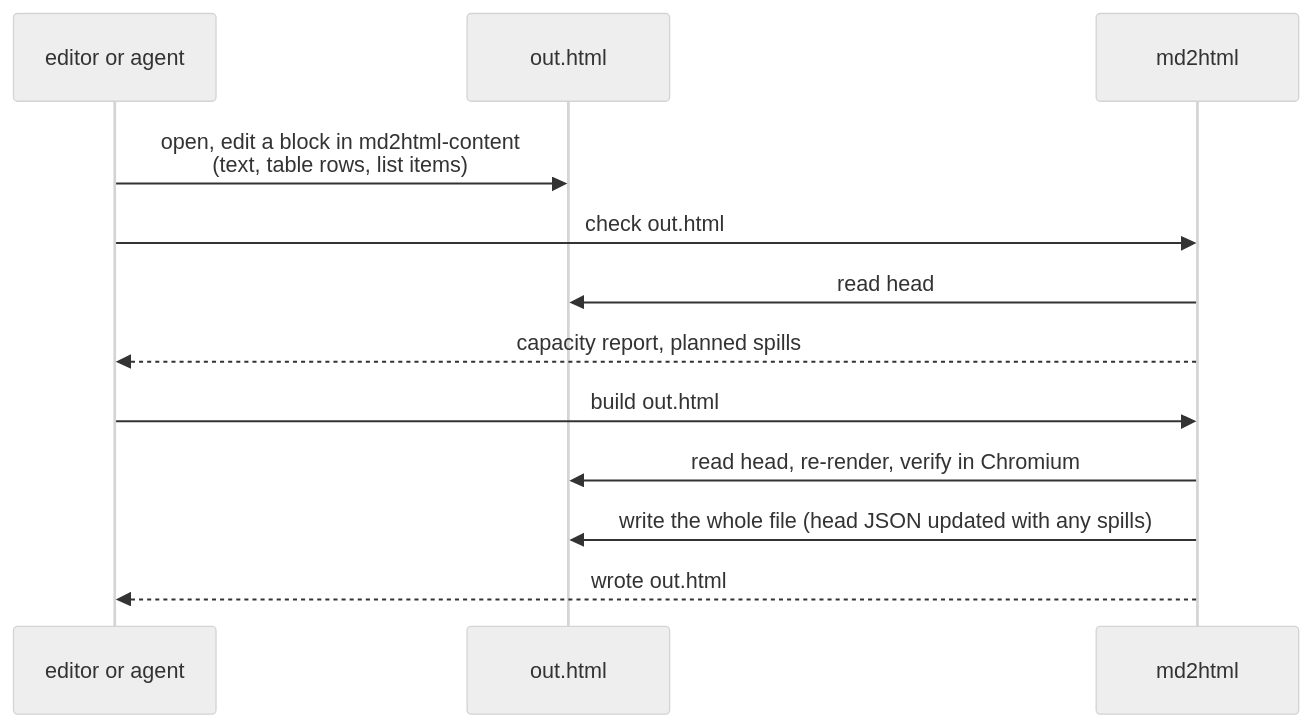
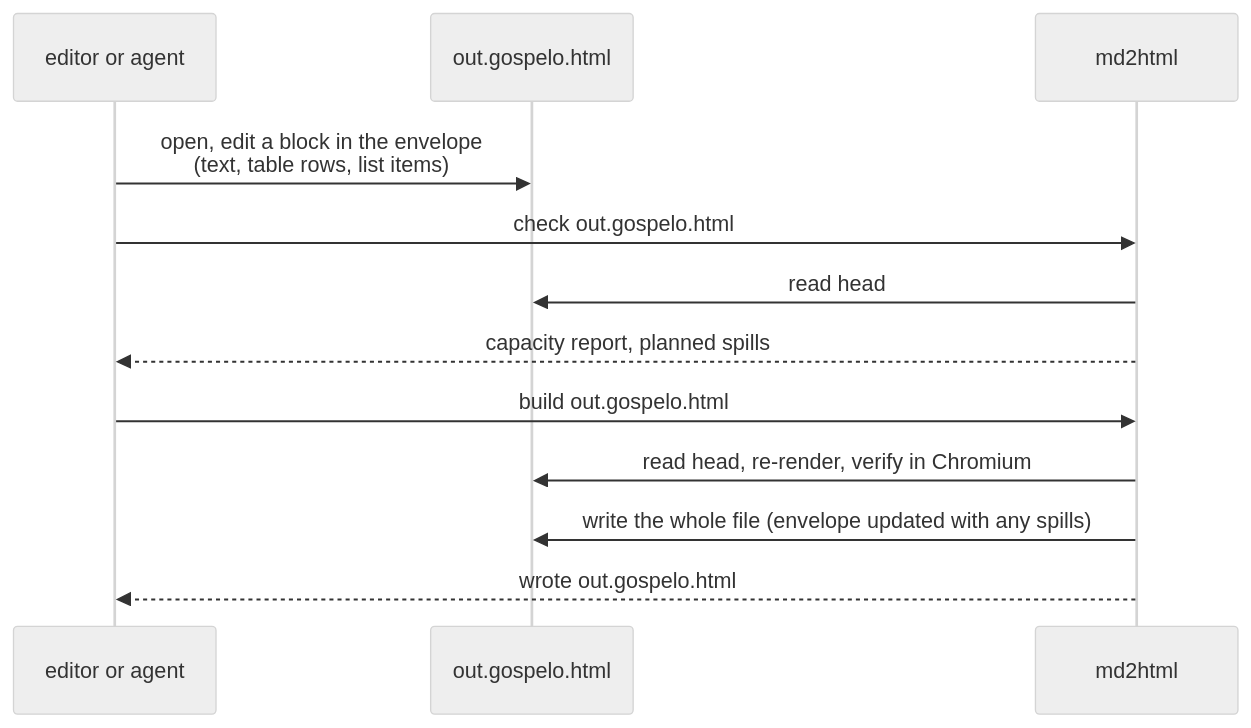
The fifth of 5 diagrams in docs/ARCHITECTURE.md (gospelo-dev/md2html), drawn with Mermaid (neutral theme) before and after one commit. The commit also changed other lines of this file and 21 other files, not shown here.

````diff
--- a/docs/ARCHITECTURE.md
+++ b/docs/ARCHITECTURE.md
@@ -163,15 +159,15 @@
 ```mermaid
 sequenceDiagram
     participant A as editor or agent
-    participant H as out.html
+    participant H as out.gospelo.html
     participant T as md2html
 
-    A->>H: open, edit a block in md2html-content<br/>(text, table rows, list items)
-    A->>T: check out.html
+    A->>H: open, edit a block in the envelope<br/>(text, table rows, list items)
+    A->>T: check out.gospelo.html
     T->>H: read head
     T-->>A: capacity report, planned spills
-    A->>T: build out.html
+    A->>T: build out.gospelo.html
     T->>H: read head, re-render, verify in Chromium
-    T->>H: write the whole file (head JSON updated with any spills)
-    T-->>A: wrote out.html
+    T->>H: write the whole file (envelope updated with any spills)
+    T-->>A: wrote out.gospelo.html
 ```
````
